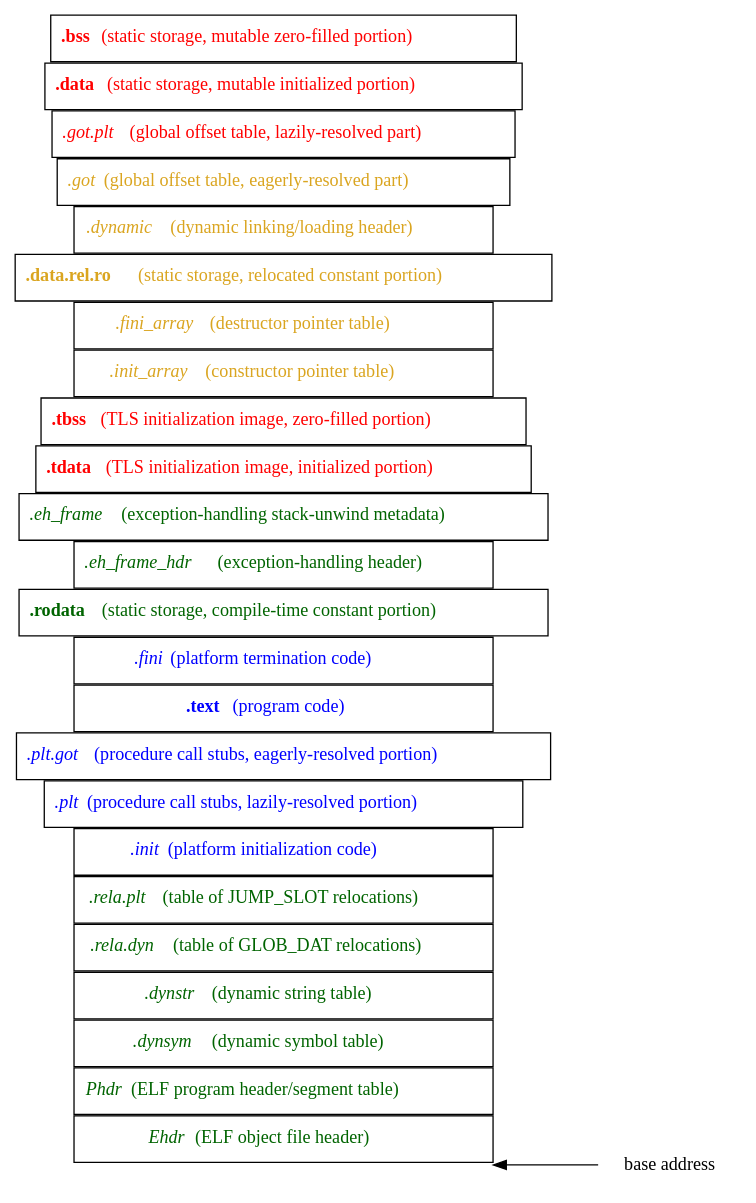
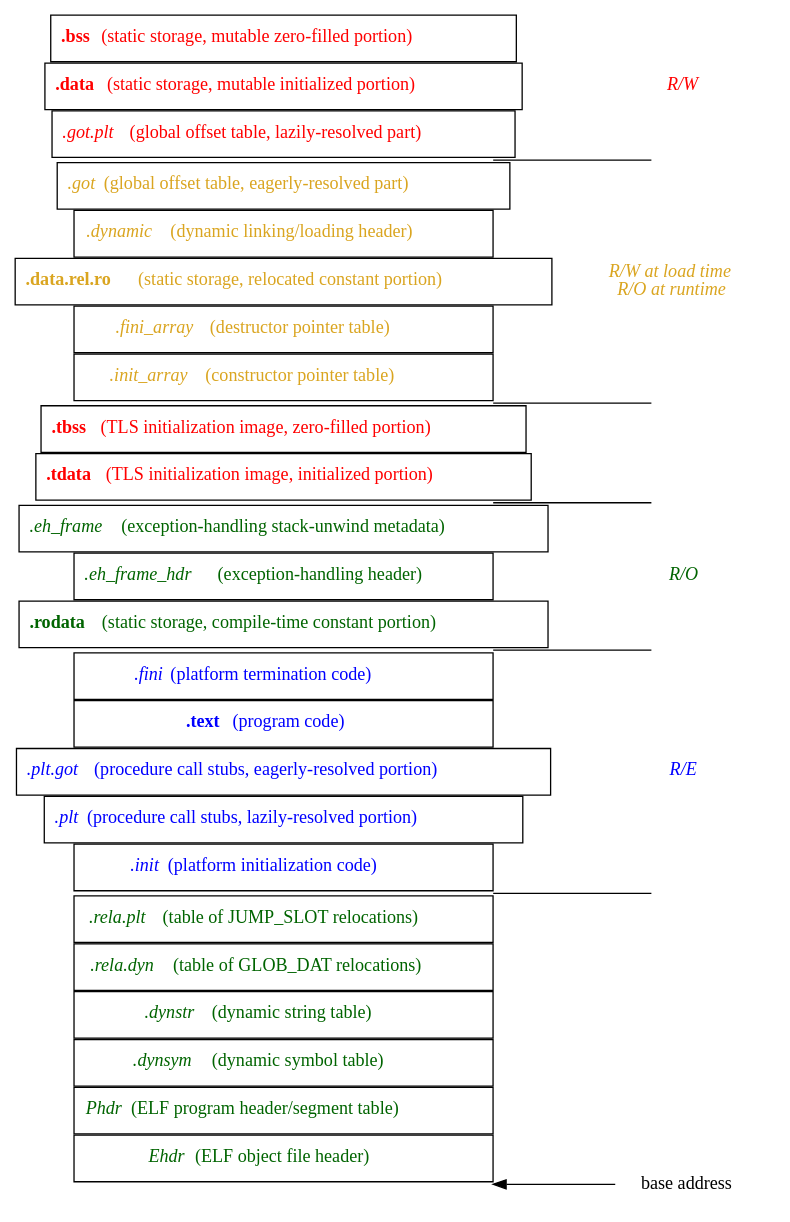
The diagram in figs/procimg_perobj.dot (solb/thesis), drawn with Graphviz before and after one commit.

Commit message:
figs/procimg_perobj.dat: Label each segment with its permissions

```diff
--- a/figs/procimg_perobj.dot
+++ b/figs/procimg_perobj.dot
@@ -1,35 +1,60 @@
 strict digraph {
 	nodesep=0;
 	rankdir=LR;
-	node [shape=box];
-	node [width=4.5];
 
+	node [shape=box, width=4.5];
 	zero [shape=none, height=0, label=""];
 	ehdr [label=<<i>Ehdr</i> (ELF object file header)>, fontcolor=darkgreen];
 	phdr [label=<<i>Phdr</i> (ELF program header/segment table)>, fontcolor=darkgreen];
 	dynsym [label=<<i>.dynsym</i> (dynamic symbol table)>, fontcolor=darkgreen];
 	dynstr [label=<<i>.dynstr</i> (dynamic string table)>, fontcolor=darkgreen];
 	reladyn [label=<<i>.rela.dyn</i> (table of GLOB_DAT relocations)>, fontcolor=darkgreen];
 	relaplt [label=<<i>.rela.plt</i> (table of JUMP_SLOT relocations)>, fontcolor=darkgreen];
+	greenblue [shape=none, height=0, label=""];
 	init [label=<<i>.init</i> (platform initialization code)>, fontcolor=blue];
 	plt [label=<<i>.plt</i> (procedure call stubs, lazily-resolved portion)>, fontcolor=blue];
 	pltgot [label=<<i>.plt.got</i> (procedure call stubs, eagerly-resolved portion)>, fontcolor=blue];
 	text [label=<<b>.text</b> (program code)>, fontcolor=blue];
 	fini [label=<<i>.fini</i> (platform termination code)>, fontcolor=blue];
+	bluegreen [shape=none, height=0, label=""];
 	rodata [label=<<b>.rodata</b> (static storage, compile-time constant portion)>, fontcolor=darkgreen];
 	eh_frame_hdr [label=<<i>.eh_frame_hdr</i> (exception-handling header)>, fontcolor=darkgreen];
 	eh_frame [label=<<i>.eh_frame</i> (exception-handling stack-unwind metadata)>, fontcolor=darkgreen];
+	greenred [shape=none, height=0, label=""];
 	tdata [label=<<b>.tdata</b> (TLS initialization image, initialized portion)>, fontcolor=red];
 	tbss [label=<<b>.tbss</b> (TLS initialization image, zero-filled portion)>, fontcolor=red];
+	redyellow [shape=none, height=0, label=""];
 	init_array [label=<<i>.init_array</i> (constructor pointer table)>, fontcolor=goldenrod];
 	fini_array [label=<<i>.fini_array</i> (destructor pointer table)>, fontcolor=goldenrod];
 	datarelro [label=<<b>.data.rel.ro</b> (static storage, relocated constant portion)>, fontcolor=goldenrod];
 	dynamic [label=<<i>.dynamic</i> (dynamic linking/loading header)>, fontcolor=goldenrod];
 	got [label=<<i>.got</i> (global offset table, eagerly-resolved part)>, fontcolor=goldenrod];
+	yellowred [shape=none, height=0, label=""];
 	gotplt [label=<<i>.got.plt</i> (global offset table, lazily-resolved part)>, fontcolor=red];
 	data [label=<<b>.data</b> (static storage, mutable initialized portion)>, fontcolor=red];
 	bss [label=<<b>.bss</b> (static storage, mutable zero-filled portion)>, fontcolor=red];
 
-	0 [shape=none, width=default, label="base address"];
-	zero -> 0 [dir=back];
+	node [shape=none, width=default];
+	blue [label=<<i>R/E</i>>, fontcolor=blue];
+	green [label=<<i>R/O</i>>, fontcolor=darkgreen];
+	yellow [label=<<i>R/W at load time<br/>R/O at runtime</i>>, fontcolor=goldenrod];
+	red [label=<<i>R/W</i>>, fontcolor=red];
+
+	edge [dir=back];
+	node [label="base address"];
+	zero -> 0;
+
+	edge [arrowtail=none];
+	node [label=""];
+	greenblue -> 1;
+	bluegreen -> 2;
+	greenred -> 3;
+	redyellow -> 4;
+	yellowred -> 5;
+
+	edge [style=invis];
+	pltgot -> blue;
+	eh_frame_hdr -> green;
+	datarelro -> yellow;
+	data -> red;
 }
```
